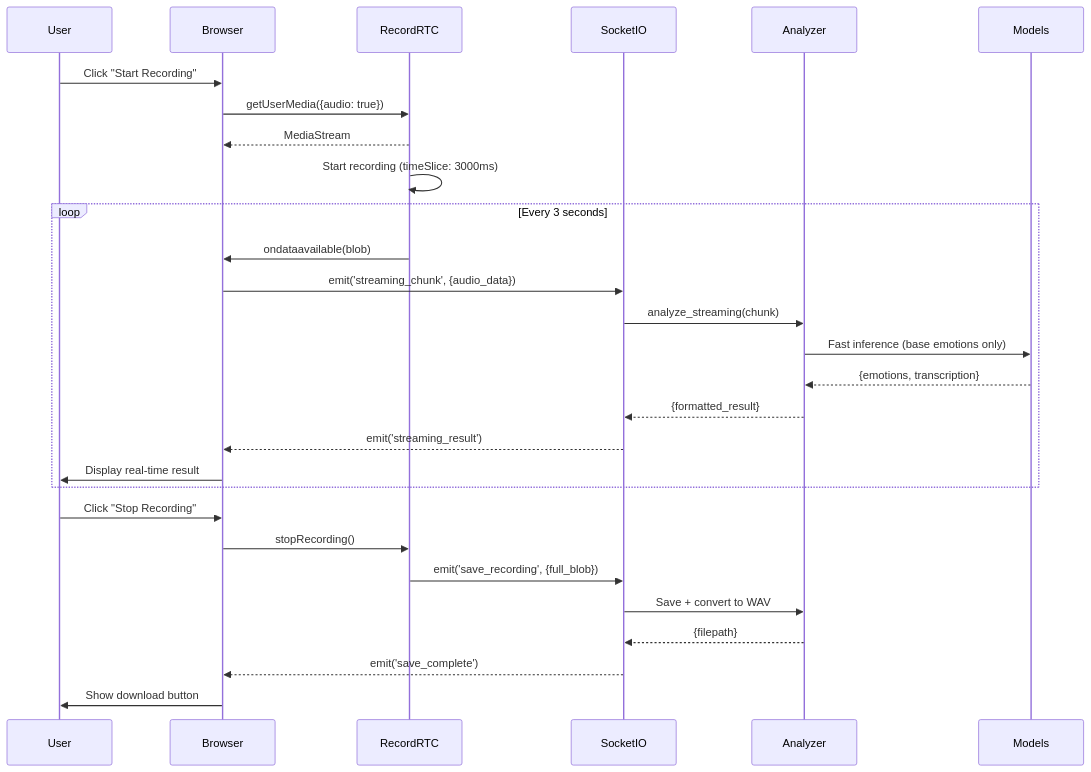
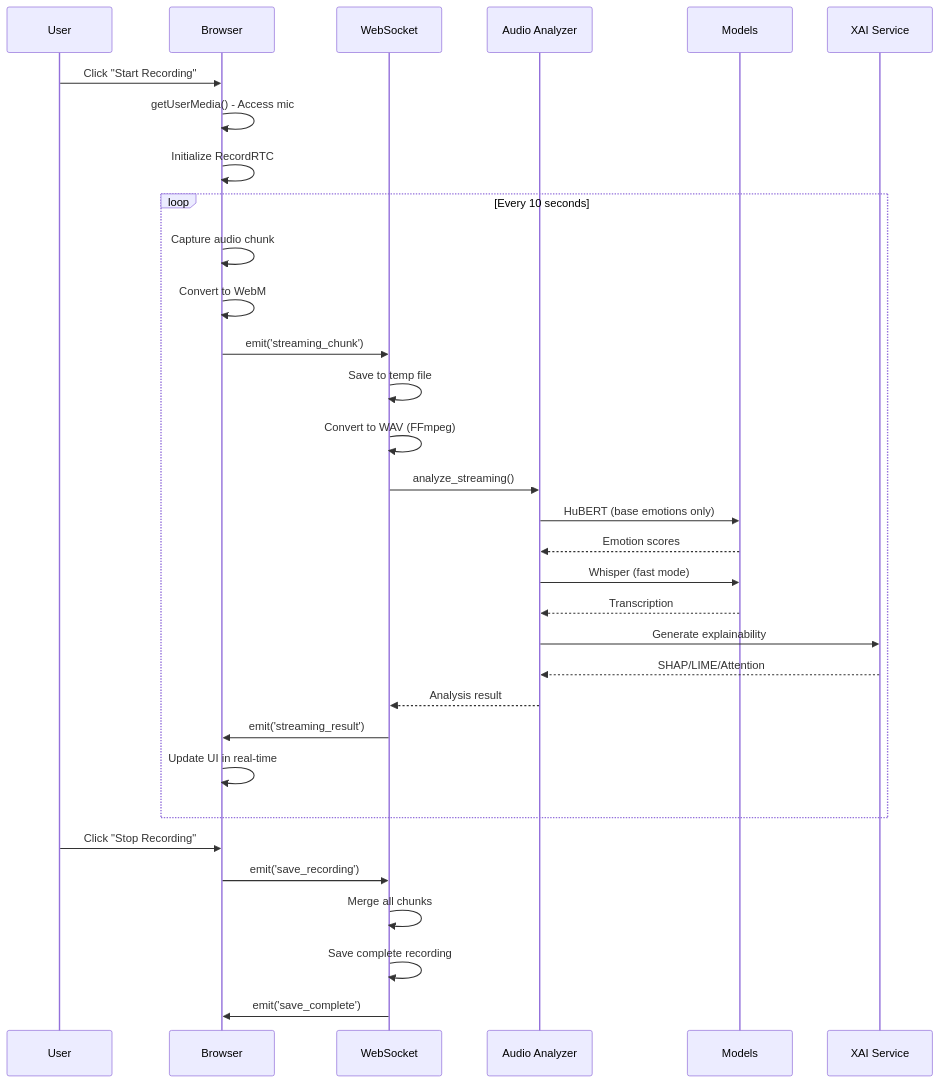
The third of 4 diagrams in docs/ARCHITECTURE.md (satyaki-mitra/HuBERT-Whisper-Based-Speech-Emotion-Analyzer), drawn with Mermaid before and after one commit. The commit also changed other lines of this file and 3 other files, not shown here.

Commit message:
ARCHITECTURE Document uploaded

````diff
--- a/docs/ARCHITECTURE.md
+++ b/docs/ARCHITECTURE.md
@@ -279,34 +182,41 @@
 ```mermaid
 sequenceDiagram
-    participant User
-    participant Browser
-    participant RecordRTC
-    participant SocketIO
-    participant Analyzer
-    participant Models
+    participant U as User
+    participant B as Browser
+    participant WS as WebSocket
+    participant A as Audio Analyzer
+    participant M as Models
+    participant X as XAI Service
     
-    User->>Browser: Click "Start Recording"
-    Browser->>RecordRTC: getUserMedia({audio: true})
-    RecordRTC-->>Browser: MediaStream
+    U->>B: Click "Start Recording"
+    B->>B: getUserMedia() - Access mic
+    B->>B: Initialize RecordRTC
     
-    RecordRTC->>RecordRTC: Start recording (timeSlice: 3000ms)
-    
-    loop Every 3 seconds
-        RecordRTC->>Browser: ondataavailable(blob)
-        Browser->>SocketIO: emit('streaming_chunk', {audio_data})
-        SocketIO->>Analyzer: analyze_streaming(chunk)
-        Analyzer->>Models: Fast inference (base emotions only)
-        Models-->>Analyzer: {emotions, transcription}
-        Analyzer-->>SocketIO: {formatted_result}
-        SocketIO-->>Browser: emit('streaming_result')
-        Browser->>User: Display real-time result
+    loop Every 10 seconds
+        B->>B: Capture audio chunk
+        B->>B: Convert to WebM
+        B->>WS: emit('streaming_chunk')
+        
+        WS->>WS: Save to temp file
+        WS->>WS: Convert to WAV (FFmpeg)
+        WS->>A: analyze_streaming()
+        
+        A->>M: HuBERT (base emotions only)
+        M-->>A: Emotion scores
+        A->>M: Whisper (fast mode)
+        M-->>A: Transcription
+        
+        A->>X: Generate explainability
+        X-->>A: SHAP/LIME/Attention
+        
+        A-->>WS: Analysis result
+        WS->>B: emit('streaming_result')
+        B->>B: Update UI in real-time
     end
     
-    User->>Browser: Click "Stop Recording"
-    Browser->>RecordRTC: stopRecording()
-    RecordRTC->>SocketIO: emit('save_recording', {full_blob})
-    SocketIO->>Analyzer: Save + convert to WAV
-    Analyzer-->>SocketIO: {filepath}
-    SocketIO-->>Browser: emit('save_complete')
-    Browser->>User: Show download button
+    U->>B: Click "Stop Recording"
+    B->>WS: emit('save_recording')
+    WS->>WS: Merge all chunks
+    WS->>WS: Save complete recording
+    WS->>B: emit('save_complete')
 ```
````
